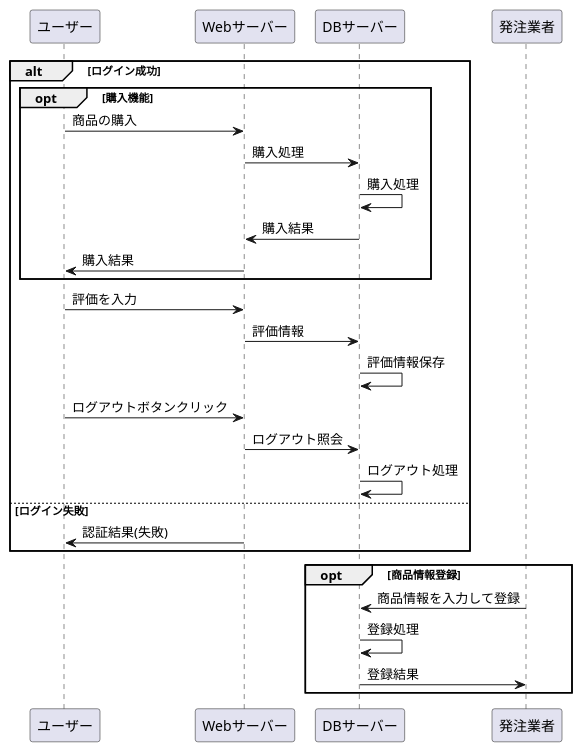
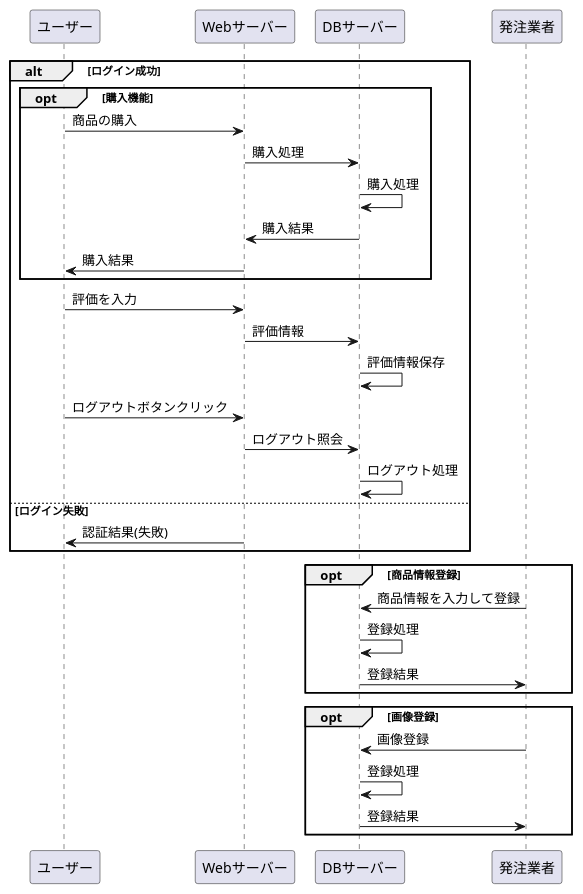
One commit to Aso2001154/2021sys-design changed the diagram in cookjob1.md. Above: the diagram before and after it, drawn with PlantUML.

````diff
--- a/cookjob1.md
+++ b/cookjob1.md
@@ -1,27 +1,31 @@
 ```uml
 @startuml
 alt ログイン成功
 opt 購入機能
 ユーザー -> Webサーバー : 商品の購入
 Webサーバー -> DBサーバー : 購入処理
 DBサーバー -> DBサーバー : 購入処理
 DBサーバー -> Webサーバー : 購入結果
 Webサーバー -> ユーザー : 購入結果
 end
 ユーザー -> Webサーバー : 評価を入力
 Webサーバー -> DBサーバー : 評価情報
 DBサーバー -> DBサーバー : 評価情報保存
 ユーザー -> Webサーバー : ログアウトボタンクリック
 Webサーバー -> DBサーバー : ログアウト照会
 DBサーバー -> DBサーバー : ログアウト処理
 else ログイン失敗
 Webサーバー -> ユーザー : 認証結果(失敗)
 end
 opt 商品情報登録
 発注業者 -> DBサーバー : 商品情報を入力して登録
 DBサーバー -> DBサーバー : 登録処理
 DBサーバー -> 発注業者 : 登録結果
 end
-
+opt 画像登録
+発注業者 -> DBサーバー : 画像登録
+DBサーバー -> DBサーバー : 登録処理
+DBサーバー -> 発注業者 : 登録結果
+end
 @enduml
 ```
````
